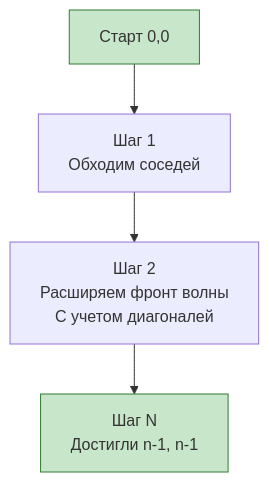
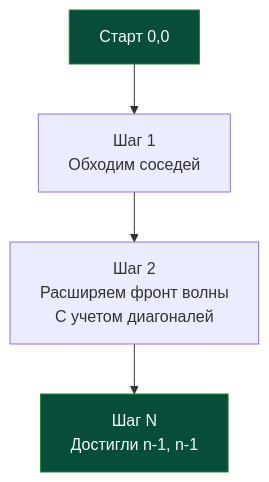
One commit to UnrealTemplier/go-textbook changed the diagram in sources/21. Задачи с LeetCode и собеседований на Go/02. Задачи/12. Поиск в ширину BFS/8. Shortest Path in Binary Matrix.md. Above: the diagram before and after it, drawn with Mermaid. The commit also changed 310 other files, not shown here.

First line of the commit message:
fix(mermaid): replace light fill colors with dark palette for readability on dark theme

````diff
--- a/sources/21. Задачи с LeetCode и собеседований на Go/02. Задачи/12. Поиск в ширину BFS/8. Shortest Path in Binary Matrix.md
+++ b/sources/21. Задачи с LeetCode и собеседований на Go/02. Задачи/12. Поиск в ширину BFS/8. Shortest Path in Binary Matrix.md
@@ -77,9 +77,9 @@
 ```mermaid
 flowchart TD
     A["Старт 0,0"] --> B["Шаг 1<br>Обходим соседей"]
     B --> C["Шаг 2<br>Расширяем фронт волны<br>С учетом диагоналей"]
     C --> D["Шаг N<br>Достигли n-1, n-1"]
     
-    style A fill:#c8e6c9,stroke:#2e7d32
-    style D fill:#c8e6c9,stroke:#2e7d32
+    style A fill:#064e3b,stroke:#2e7d32,color:#f8fafc
+    style D fill:#064e3b,stroke:#2e7d32,color:#f8fafc
 ```
````
